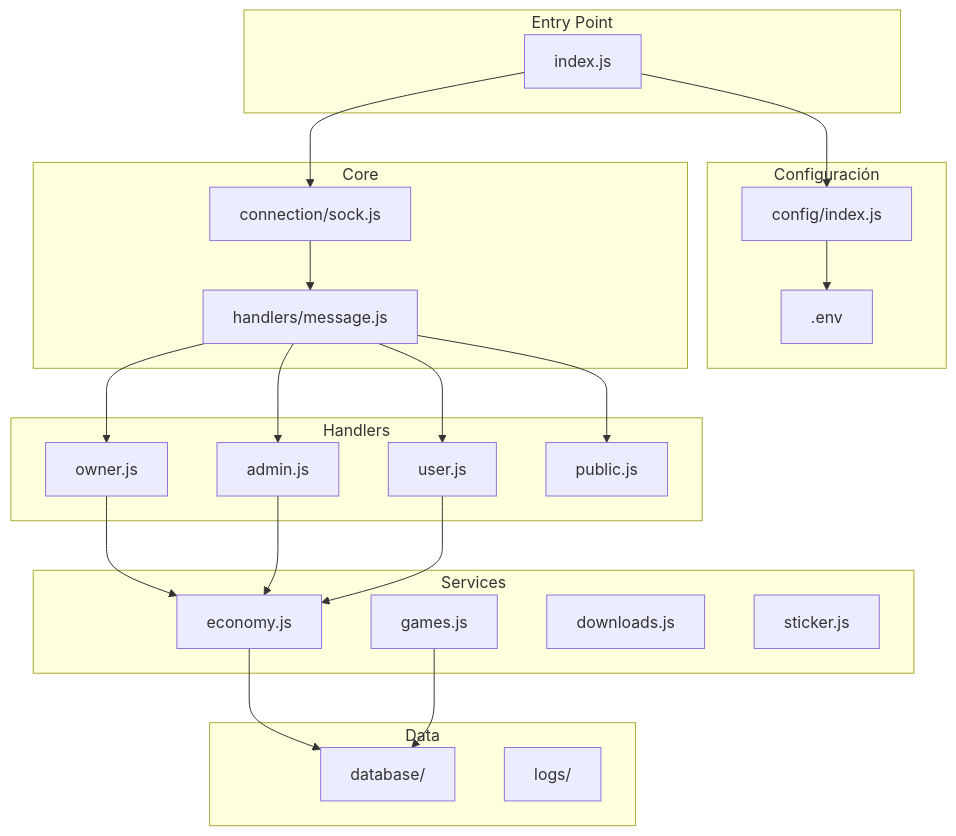
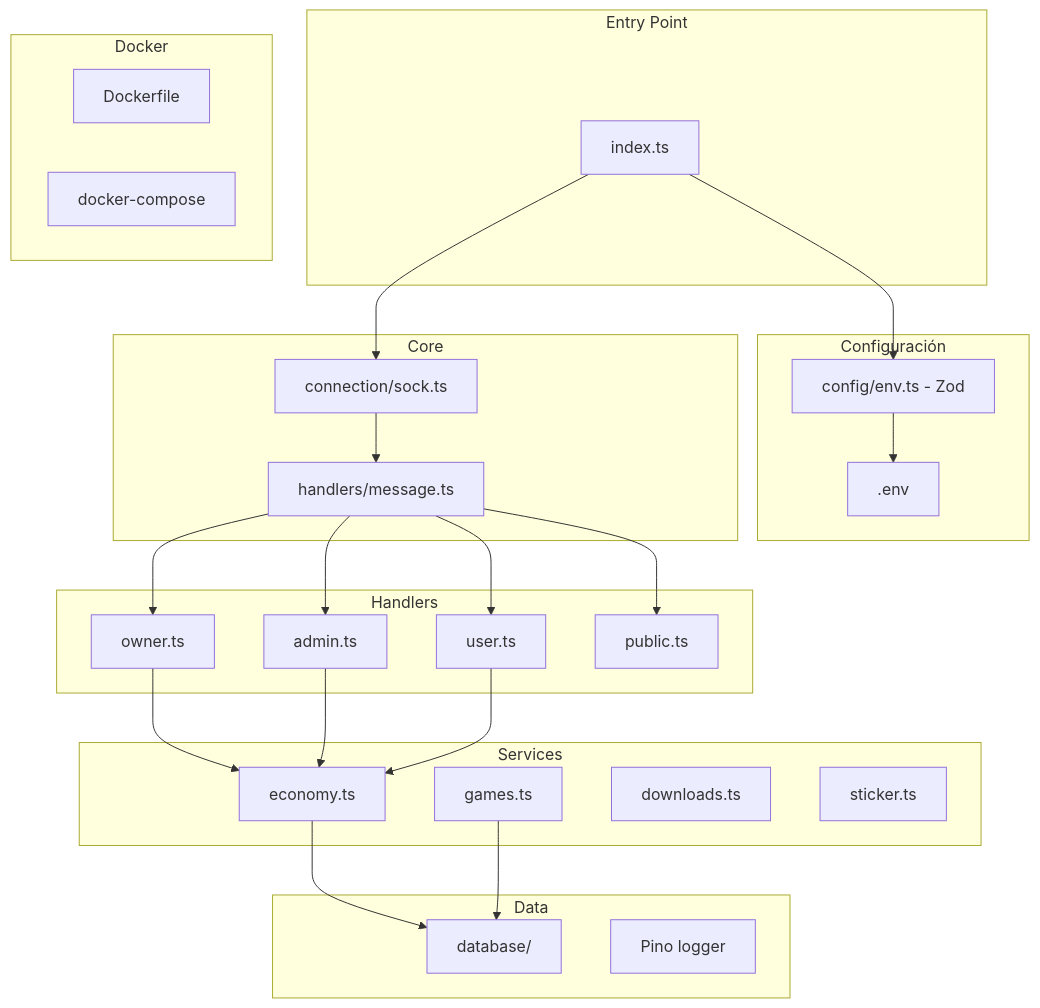
One commit to dvydll/whatsapp-bot changed the first of 2 diagrams in docs/proposals/PROPOSAL-001.md. Above: the diagram before and after it, drawn with Mermaid. The commit also changed other lines of this file, not shown here.

First line of the commit message:
docs: update PROPOSAL-001 with owner punctations

````diff
--- a/docs/proposals/PROPOSAL-001.md
+++ b/docs/proposals/PROPOSAL-001.md
@@ -139,49 +264,54 @@
 ```mermaid
 flowchart TB
     subgraph Entry["Entry Point"]
-        I[index.js]
+        I[index.ts]
     end
 
     subgraph Config["Configuración"]
         ENV[.env]
-        CFG[config/index.js]
+        CFG[config/env.ts - Zod]
     end
 
     subgraph Core["Core"]
-        CON[connection/sock.js]
-        MSG[handlers/message.js]
+        CON[connection/sock.ts]
+        MSG[handlers/message.ts]
     end
 
     subgraph Handlers["Handlers"]
-        OW[owner.js]
-        AD[admin.js]
-        US[user.js]
-        PU[public.js]
+        OW[owner.ts]
+        AD[admin.ts]
+        US[user.ts]
+        PU[public.ts]
     end
 
     subgraph Services["Services"]
-        ECO[economy.js]
-        GAM[games.js]
-        DWN[downloads.js]
-        STK[sticker.js]
+        ECO[economy.ts]
+        GAM[games.ts]
+        DWN[downloads.ts]
+        STK[sticker.ts]
     end
 
     subgraph Data["Data"]
         DB[database/]
-        LOG[logs/]
+        LOG[Pino logger]
+    end
+
+    subgraph Docker["Docker"]
+        DOCKER[Dockerfile]
+        COMPOSE[docker-compose]
     end
 
     I --> CON
     I --> CFG
     CFG --> ENV
     CON --> MSG
     MSG --> OW
     MSG --> AD
     MSG --> US
     MSG --> PU
     OW --> ECO
     AD --> ECO
     US --> ECO
     ECO --> DB
     GAM --> DB
 ```
````
